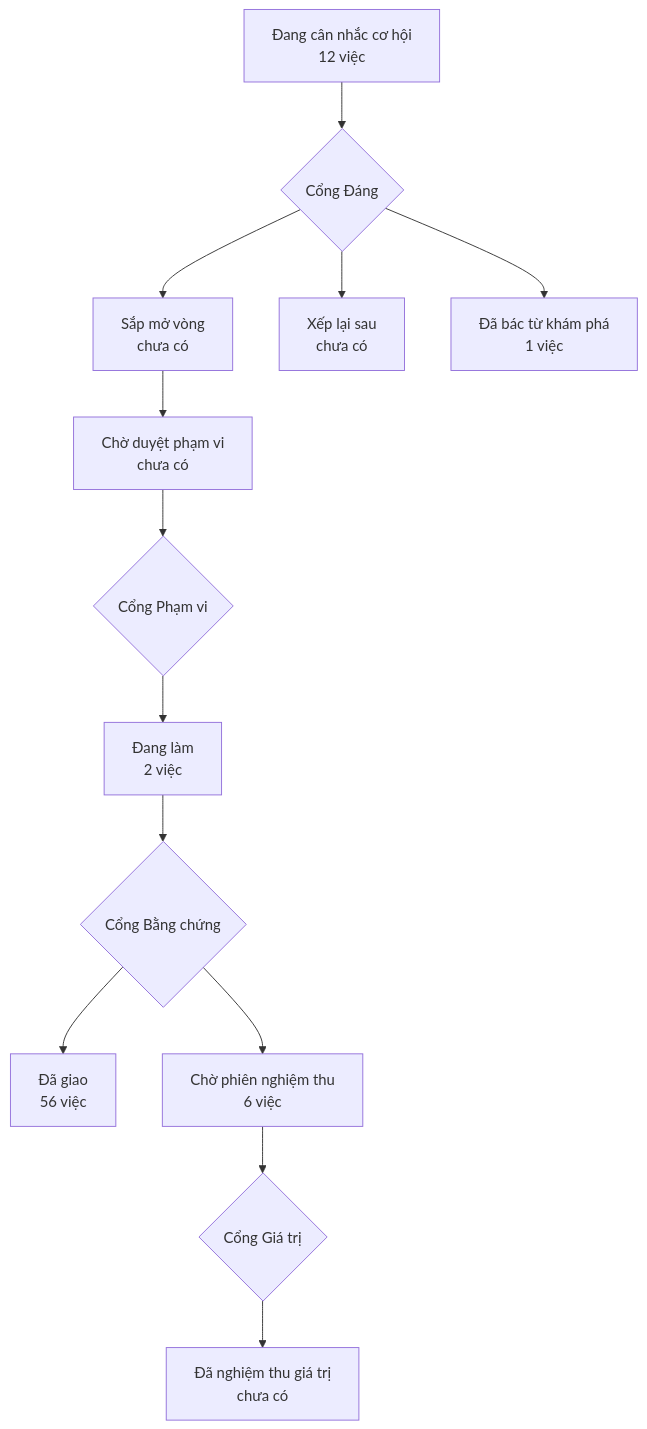
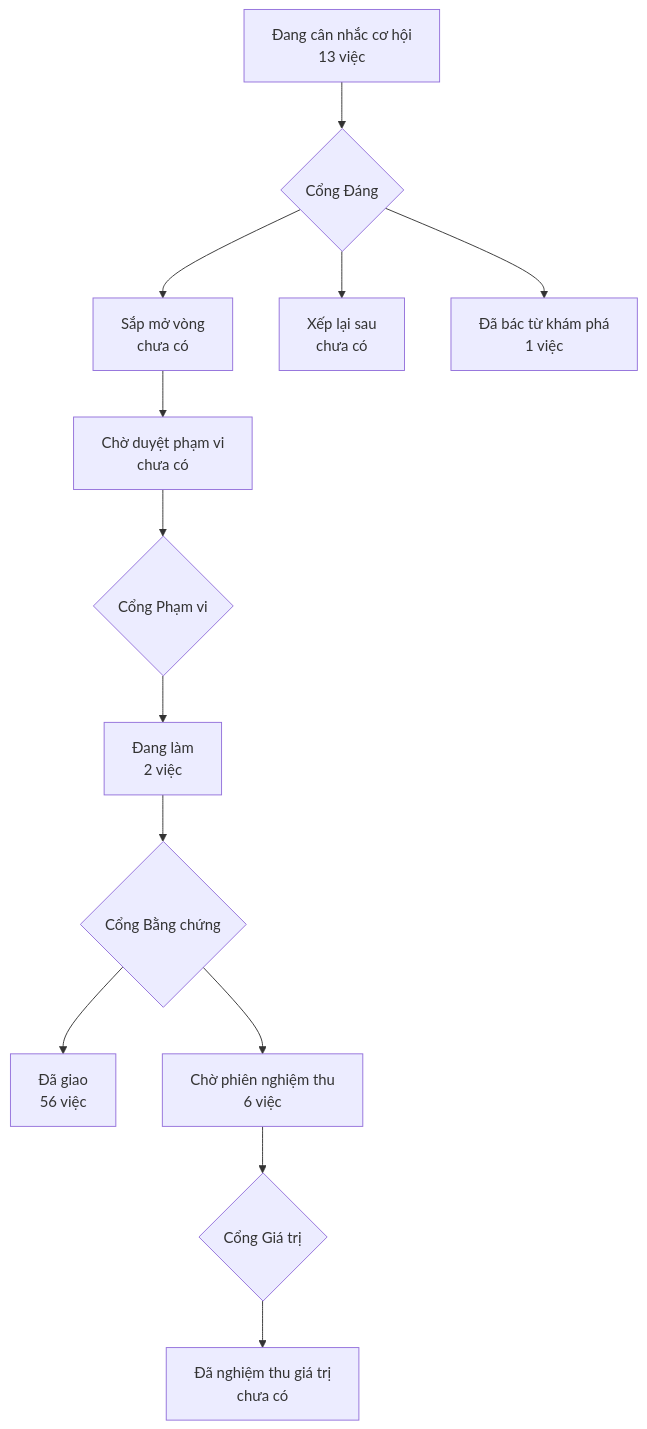
One commit to phanlemanh/acceptance-gate-kit changed the diagram in PRODUCT-MAP.md. Above: the diagram before and after it, drawn with Mermaid.

Commit message:
chore(map): dựng lại bản đồ xưởng sau năm lượt gộp — main đang đỏ
Gộp năm PR liên tiếp làm bản đồ xưởng lệch một con số (12 việc → 13): mỗi PR
mang bản đồ đúng TẠI LÚC nó gộp, nên sau lượt thứ hai trở đi bản đồ trên main
thiếu hồ sơ mà lượt trước vừa thêm. Cổng của từng PR xanh thật, main vẫn đỏ —
đây là hiệu ứng dây chuyền của một tệp MÁY SINH qua các lượt gộp song song.

Hai ca P122 và P126 đỏ theo cùng nguyên nhân; dựng lại bản đồ là hết cả ba.

````diff
--- a/PRODUCT-MAP.md
+++ b/PRODUCT-MAP.md
@@ -6,12 +6,12 @@
 ```mermaid
 flowchart TD
-  A["Đang cân nhắc cơ hội<br/>12 việc"] --> GD{"Cổng Đáng"}
+  A["Đang cân nhắc cơ hội<br/>13 việc"] --> GD{"Cổng Đáng"}
   GD --> B["Sắp mở vòng<br/>chưa có"]
   GD --> XL["Xếp lại sau<br/>chưa có"]
   GD --> DB["Đã bác từ khám phá<br/>1 việc"]
   B --> CD["Chờ duyệt phạm vi<br/>chưa có"] --> GP{"Cổng Phạm vi"}
   GP --> DL["Đang làm<br/>2 việc"] --> GB{"Cổng Bằng chứng"}
   GB --> DG["Đã giao<br/>56 việc"]
   GB --> CN["Chờ phiên nghiệm thu<br/>6 việc"] --> GG{"Cổng Giá trị"}
   GG --> NT["Đã nghiệm thu giá trị<br/>chưa có"]
 ```
````
